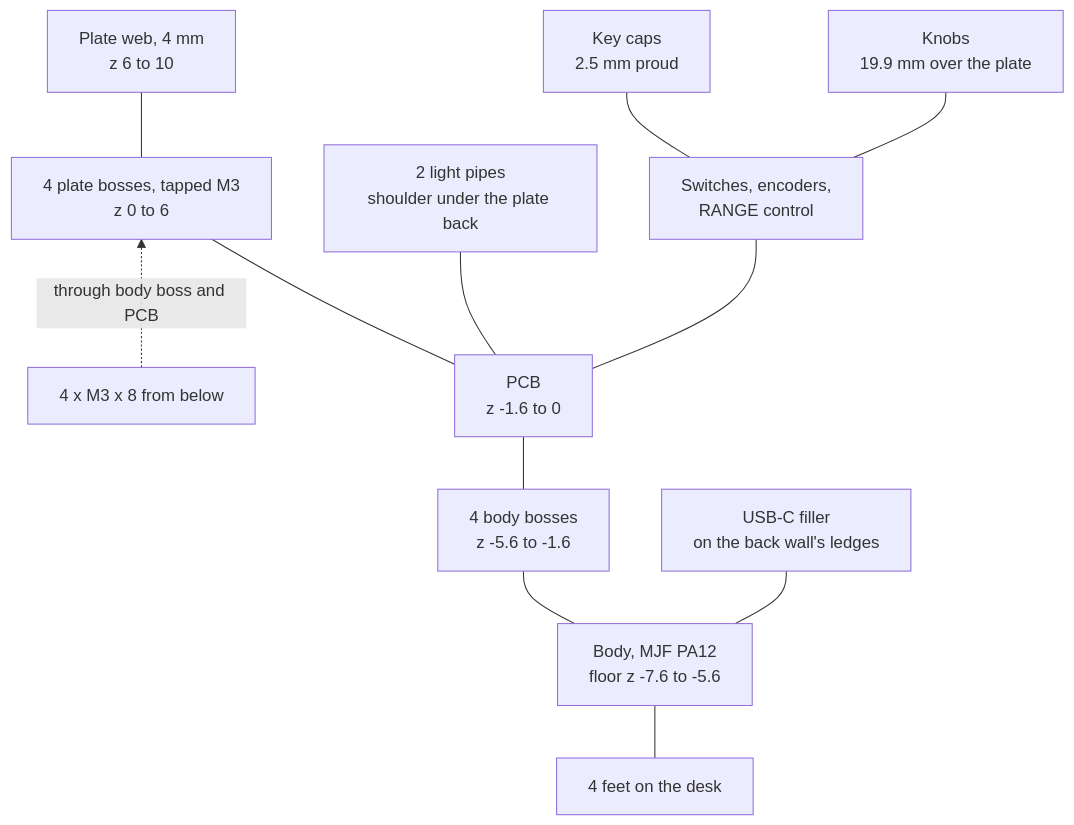
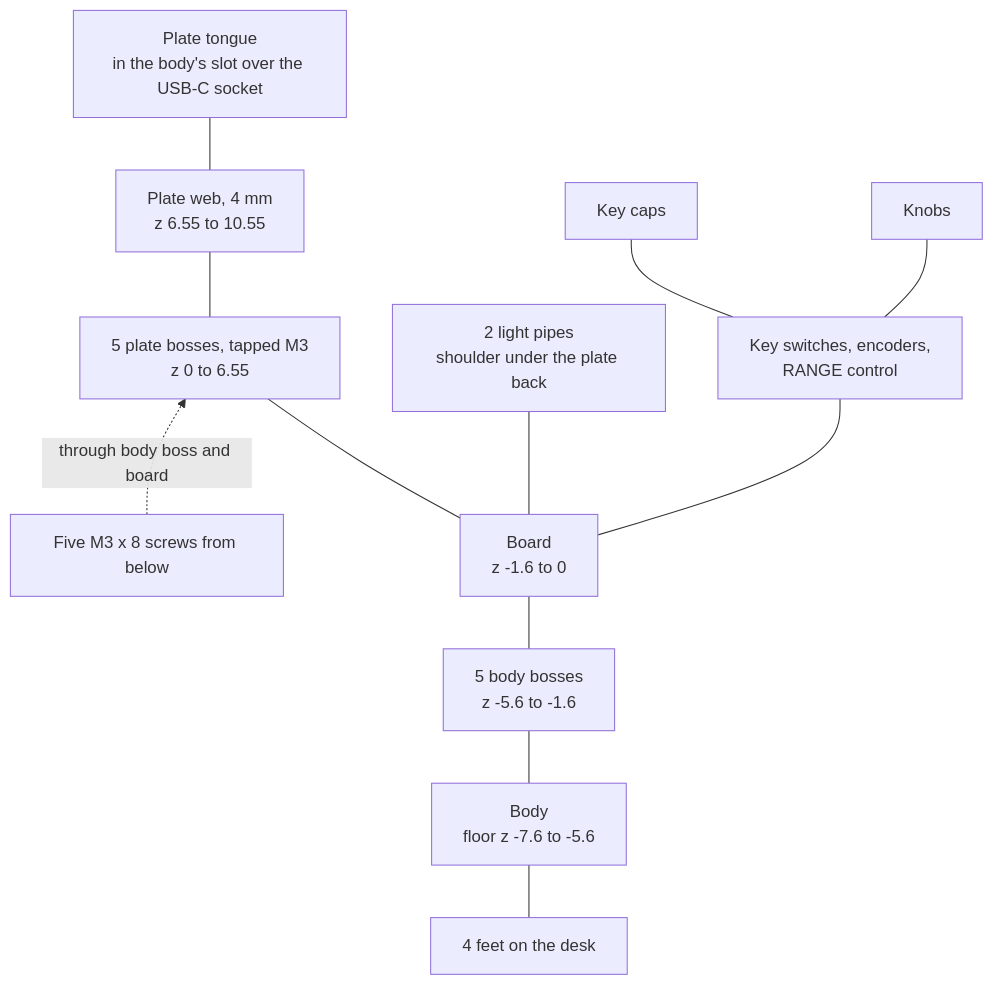
One commit to saschagrunert/avionics-panel changed the diagram in docs/architecture/mechanics.md. Above: the diagram before and after it, drawn with Mermaid. The commit also changed other lines of this file and 11 other files, not shown here.

````diff
--- a/docs/architecture/mechanics.md
+++ b/docs/architecture/mechanics.md
@@ -12,14 +25,14 @@
 ```mermaid
 flowchart BT
-  feet["4 feet on the desk"] --- body["Body, MJF PA12<br>floor z -7.6 to -5.6"]
-  body --- bboss["4 body bosses<br>z -5.6 to -1.6"]
-  body --- filler["USB-C filler<br>on the back wall's ledges"]
-  bboss --- pcb["PCB<br>z -1.6 to 0"]
-  pcb --- pboss["4 plate bosses, tapped M3<br>z 0 to 6"]
-  pboss --- web["Plate web, 4 mm<br>z 6 to 10"]
+  feet["4 feet on the desk"] --- body["Body<br>floor z -7.6 to -5.6"]
+  body --- bboss["5 body bosses<br>z -5.6 to -1.6"]
+  bboss --- pcb["Board<br>z -1.6 to 0"]
+  pcb --- pboss["5 plate bosses, tapped M3<br>z 0 to 6.55"]
+  pboss --- web["Plate web, 4 mm<br>z 6.55 to 10.55"]
+  web --- tongue["Plate tongue<br>in the body's slot over the USB-C socket"]
   pcb --- pipes["2 light pipes<br>shoulder under the plate back"]
-  pcb --- parts["Switches, encoders,<br>RANGE control"]
-  parts --- caps["Key caps<br>2.5 mm proud"]
-  parts --- knobs["Knobs<br>19.9 mm over the plate"]
-  screws["4 x M3 x 8 from below"] -. "through body boss and PCB" .-> pboss
+  pcb --- parts["Key switches, encoders,<br>RANGE control"]
+  parts --- caps["Key caps"]
+  parts --- knobs["Knobs"]
+  screws["Five M3 x 8 screws from below"] -. "through body boss and board" .-> pboss
 ```
````
